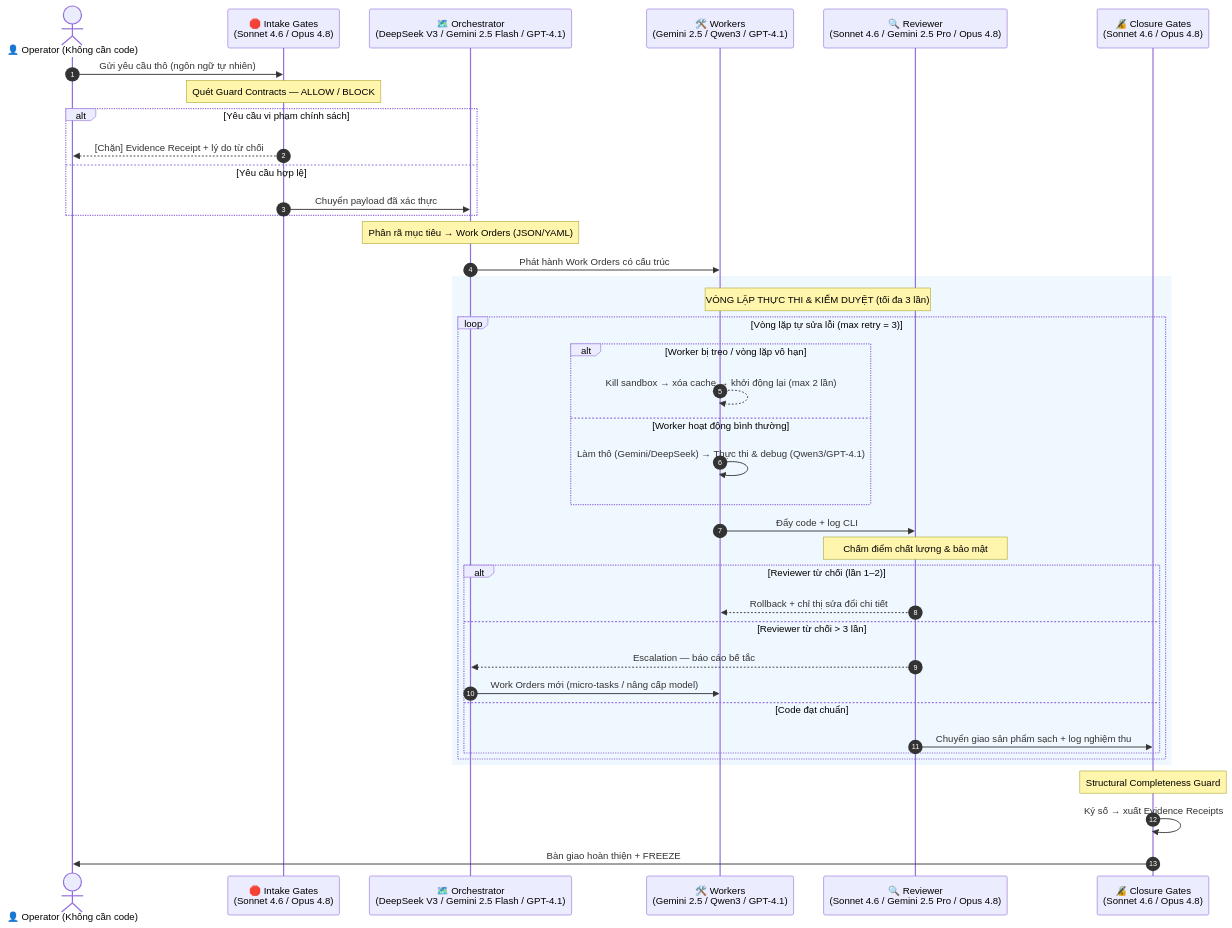
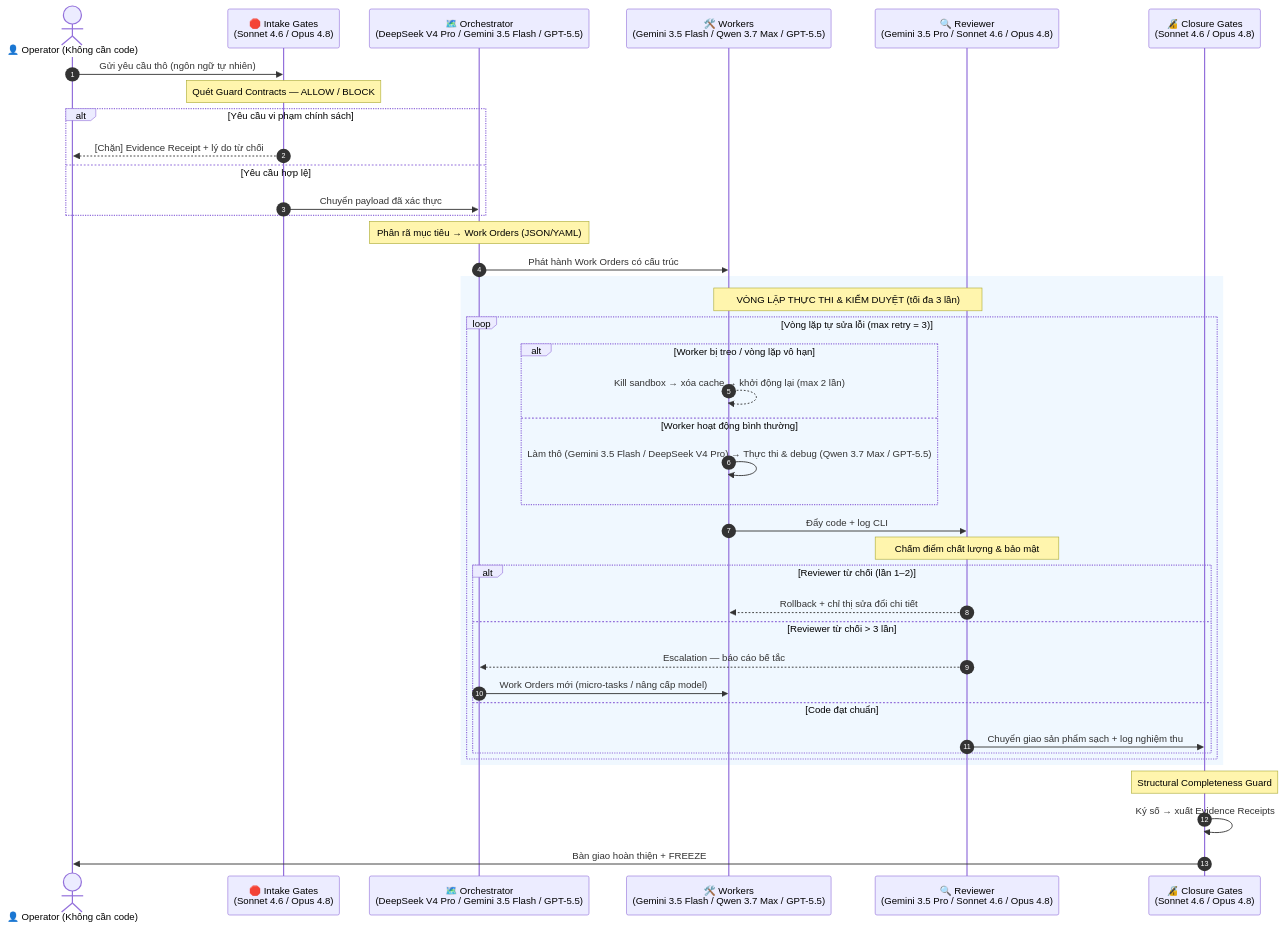
Before and after one commit to Blackbird081/Controlled-Vibe-Framework-CVF: the second of 2 diagrams in docs/guides/CVF_MULTI_AGENT_PIPELINE_VI.md, drawn with Mermaid. The commit also changed other lines of this file and 1 other file, not shown here.

````diff
--- a/docs/guides/CVF_MULTI_AGENT_PIPELINE_VI.md
+++ b/docs/guides/CVF_MULTI_AGENT_PIPELINE_VI.md
@@ -88,46 +88,46 @@
 ```mermaid
 sequenceDiagram
     autonumber
     actor Op as 👤 Operator (Không cần code)
     participant IG as 🛑 Intake Gates<br/>(Sonnet 4.6 / Opus 4.8)
-    participant Orch as 🗺️ Orchestrator<br/>(DeepSeek V3 / Gemini 2.5 Flash / GPT-4.1)
-    participant Wk as 🛠️ Workers<br/>(Gemini 2.5 / Qwen3 / GPT-4.1)
-    participant Rev as 🔍 Reviewer<br/>(Sonnet 4.6 / Gemini 2.5 Pro / Opus 4.8)
+    participant Orch as 🗺️ Orchestrator<br/>(DeepSeek V4 Pro / Gemini 3.5 Flash / GPT-5.5)
+    participant Wk as 🛠️ Workers<br/>(Gemini 3.5 Flash / Qwen 3.7 Max / GPT-5.5)
+    participant Rev as 🔍 Reviewer<br/>(Gemini 3.5 Pro / Sonnet 4.6 / Opus 4.8)
     participant CG as 🔏 Closure Gates<br/>(Sonnet 4.6 / Opus 4.8)
 
     Op->>IG: Gửi yêu cầu thô (ngôn ngữ tự nhiên)
     Note over IG: Quét Guard Contracts — ALLOW / BLOCK
     alt Yêu cầu vi phạm chính sách
         IG-->>Op: [Chặn] Evidence Receipt + lý do từ chối
     else Yêu cầu hợp lệ
         IG->>Orch: Chuyển payload đã xác thực
     end
 
     Note over Orch: Phân rã mục tiêu → Work Orders (JSON/YAML)
     Orch->>Wk: Phát hành Work Orders có cấu trúc
 
     rect rgb(240, 248, 255)
         Note over Wk,Rev: VÒNG LẶP THỰC THI & KIỂM DUYỆT (tối đa 3 lần)
         loop Vòng lặp tự sửa lỗi (max retry = 3)
             alt Worker bị treo / vòng lặp vô hạn
                 Wk-->>Wk: Kill sandbox → xóa cache → khởi động lại (max 2 lần)
             else Worker hoạt động bình thường
-                Wk->>Wk: Làm thô (Gemini/DeepSeek) → Thực thi & debug (Qwen3/GPT-4.1)
+                Wk->>Wk: Làm thô (Gemini 3.5 Flash / DeepSeek V4 Pro) → Thực thi & debug (Qwen 3.7 Max / GPT-5.5)
             end
             Wk->>Rev: Đẩy code + log CLI
             Note over Rev: Chấm điểm chất lượng & bảo mật
             alt Reviewer từ chối (lần 1–2)
                 Rev-->>Wk: Rollback + chỉ thị sửa đổi chi tiết
             else Reviewer từ chối > 3 lần
                 Rev-->>Orch: Escalation — báo cáo bế tắc
                 Orch->>Wk: Work Orders mới (micro-tasks / nâng cấp model)
             else Code đạt chuẩn
                 Rev->>CG: Chuyển giao sản phẩm sạch + log nghiệm thu
             end
         end
     end
 
     Note over CG: Structural Completeness Guard
     CG->>CG: Ký số → xuất Evidence Receipts
     CG->>Op: Bàn giao hoàn thiện + FREEZE
 ```
````
